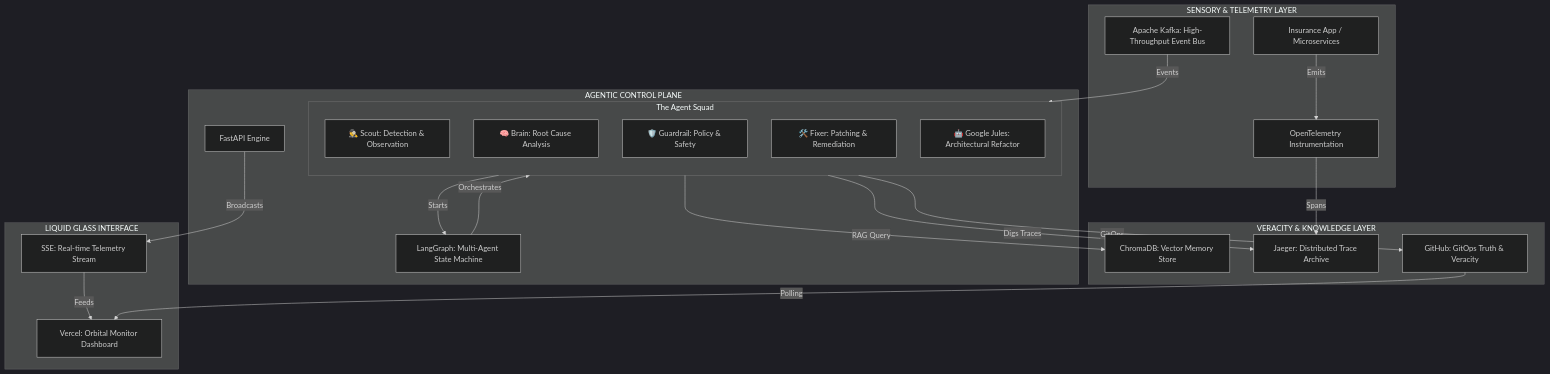
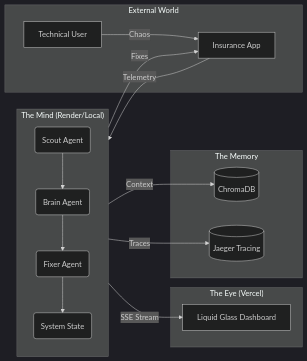
Before and after one commit to mohammedsalmanj/sre.space-cp: the diagram in README.md, drawn with Mermaid (dark theme). The commit also changed other lines of this file and 1 other file, not shown here.

Commit message:
docs: finalize v5.0 README with live URLs, simplified architecture, and monorepo validation

````diff
--- a/README.md
+++ b/README.md
@@ -30,50 +37,30 @@
 ```mermaid
-graph TD
-    %% Sensory Layer
-    subgraph Sensory_Layer [SENSORY & TELEMETRY LAYER]
-        OTel[OpenTelemetry Instrumentation]
-        App[Insurance App / Microservices]
-        Kafka[Apache Kafka: High-Throughput Event Bus]
+graph LR
+    subgraph "External World"
+        App[Insurance App]
+        User[Technical User]
     end
 
-    %% Intelligence Layer
-    subgraph Intelligence_Layer [AGENTIC CONTROL PLANE]
-        CP[FastAPI Engine]
-        Graph[LangGraph: Multi-Agent State Machine]
-        
-        subgraph Agents [The Agent Squad]
-            direction TB
-            Scout[🕵️ Scout: Detection & Observation]
-            Brain[🧠 Brain: Root Cause Analysis]
-            Guardrail[🛡️ Guardrail: Policy & Safety]
-            Fixer[🛠️ Fixer: Patching & Remediation]
-            Jules[🤖 Google Jules: Architectural Refactor]
-        end
+    subgraph "The Eye (Vercel)"
+        UI[Liquid Glass Dashboard]
     end
 
-    %% Veracity & Knowledge
-    subgraph Veracity_Knowledge [VERACITY & KNOWLEDGE LAYER]
-        Chroma[ChromaDB: Vector Memory Store]
-        Jaeger[Jaeger: Distributed Trace Archive]
-        GitHub[GitHub: GitOps Truth & Veracity]
+    subgraph "The Mind (Render/Local)"
+        direction TB
+        Signal(Scout Agent) --> Logic(Brain Agent)
+        Logic --> Execute(Fixer Agent)
+        Execute --> Stabilize(System State)
     end
 
-    %% Display & Monitor
-    subgraph UI_Layer [LIQUID GLASS INTERFACE]
-        Dashboard[Vercel: Orbital Monitor Dashboard]
-        SSE[SSE: Real-time Telemetry Stream]
+    subgraph "The Memory"
+        Chroma[(ChromaDB)]
+        Jaeger[(Jaeger Tracing)]
     end
 
-    %% Connections
-    App -- Emits --> OTel
-    OTel -- Spans --> Jaeger
-    Kafka -- Events --> Scout
-    Scout -- Starts --> Graph
-    Graph -- Orchestrates --> Agents
-    Agents -- RAG Query --> Chroma
-    Agents -- Digs Traces --> Jaeger
-    Agents -- GitOps --> GitHub
-    CP -- Broadcasts --> SSE
-    SSE -- Feeds --> Dashboard
-    GitHub -- Polling --> Dashboard
+    App -- Telemetry --> Signal
+    Logic -- Context --> Chroma
+    Logic -- Traces --> Jaeger
+    Execute -- Fixes --> App
+    Signal -- SSE Stream --> UI
+    User -- Chaos --> App
 ```
````
